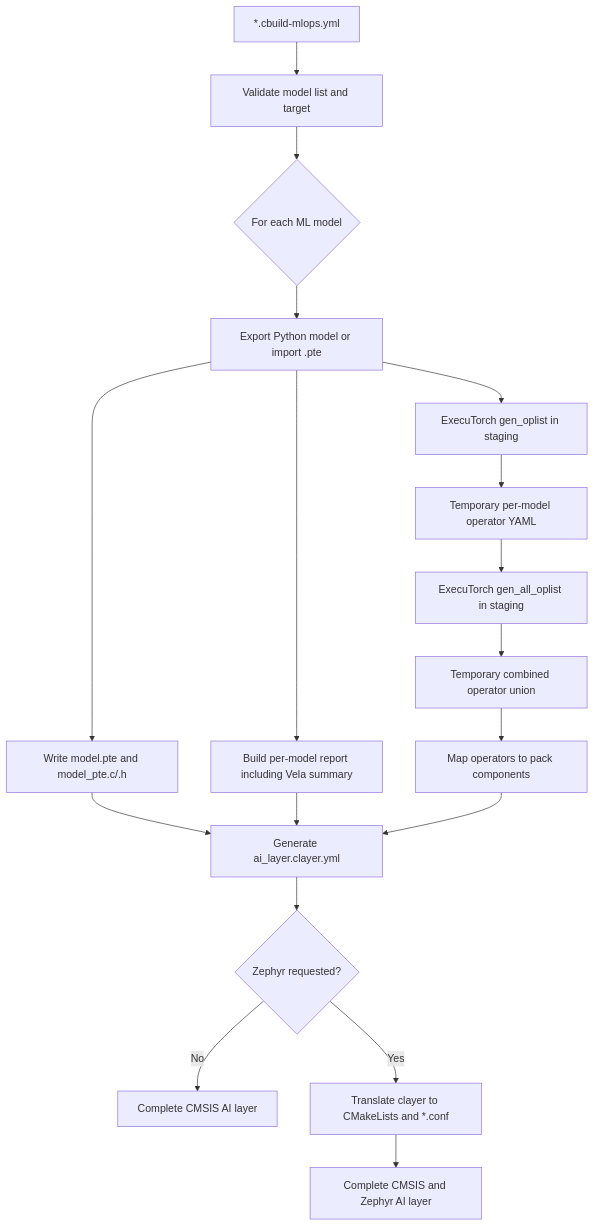
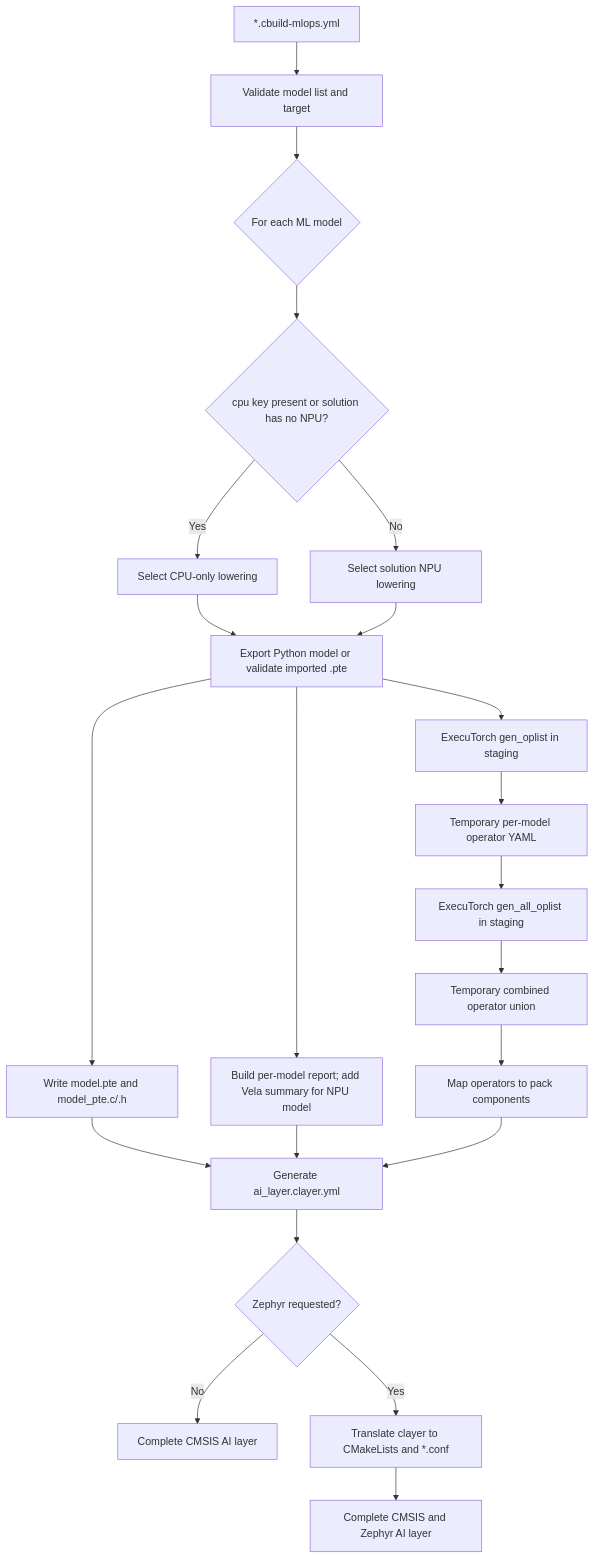
The first of 3 diagrams in TODO.md (ReinhardKeil/cmsis-et-template), drawn with Mermaid before and after one commit. The commit also changed other lines of this file, not shown here.

Commit message:
Document multi-model AI layer design

````diff
--- a/TODO.md
+++ b/TODO.md
@@ -192,20 +326,24 @@
 ```mermaid
 flowchart TD
     A[*.cbuild-mlops.yml] --> B[Validate model list and target]
     B --> C{For each ML model}
-    C --> D[Export Python model or import .pte]
+    C --> T{cpu key present or solution has no NPU?}
+    T -- Yes --> T1[Select CPU-only lowering]
+    T -- No --> T2[Select solution NPU lowering]
+    T1 --> D[Export Python model or validate imported .pte]
+    T2 --> D
     D --> E[Write model.pte and model_pte.c/.h]
     D --> F[ExecuTorch gen_oplist in staging]
     F --> G[Temporary per-model operator YAML]
-    D --> H[Build per-model report including Vela summary]
+    D --> H[Build per-model report; add Vela summary for NPU model]
     G --> I[ExecuTorch gen_all_oplist in staging]
     I --> J[Temporary combined operator union]
     J --> K[Map operators to pack components]
     E --> L[Generate ai_layer.clayer.yml]
     H --> L
     K --> L
     L --> M{Zephyr requested?}
     M -- No --> N[Complete CMSIS AI layer]
     M -- Yes --> O[Translate clayer to CMakeLists and *.conf]
     O --> P[Complete CMSIS and Zephyr AI layer]
 ```
````
